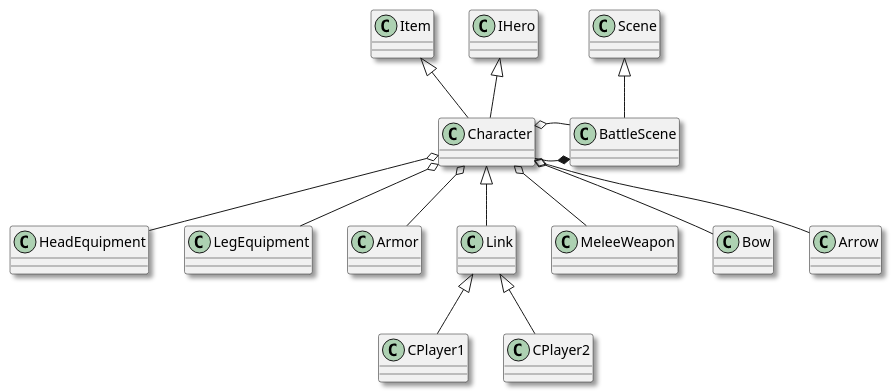
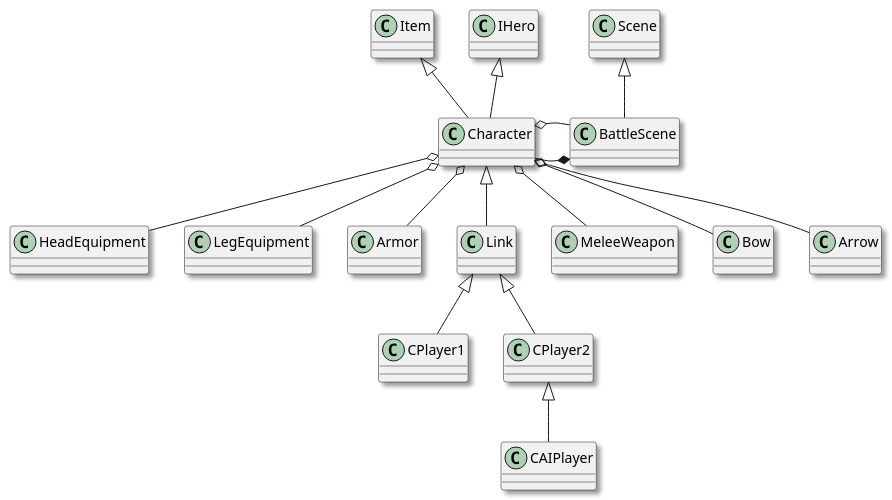
Before and after one commit to tingyunaiai9/The-Journey-of-Wizard: the diagram in doc/char_class.pu, drawn with PlantUML. The commit also changed 25 other files, not shown here.

```diff
--- a/doc/char_class.pu
+++ b/doc/char_class.pu
@@ -1,31 +1,32 @@
 @startuml
 
 skinparam shadowing true
 
 
 Item <|-- Character
 IHero <|-- Character
 
 Scene <|-- BattleScene
 BattleScene *-left- Character
 Character o-- BattleScene
 
 Character o-- HeadEquipment
 Character o-- LegEquipment
 Character o-- Armor
 
 Character <|-down- Link
 Link <|-- CPlayer1
 Link <|-- CPlayer2
+CPlayer2 <|-- CAIPlayer
 
 Character o-- MeleeWeapon
 Character o-- Bow
 Character o-- Arrow
 
 ' Weapon <|-- MeleeWeapon
 ' Weapon <|-- RangedWeapon
 
 ' RangedWeapon <|-- Bow
 ' RangedWeapon <|-- Arrow
 
 @enduml
```
